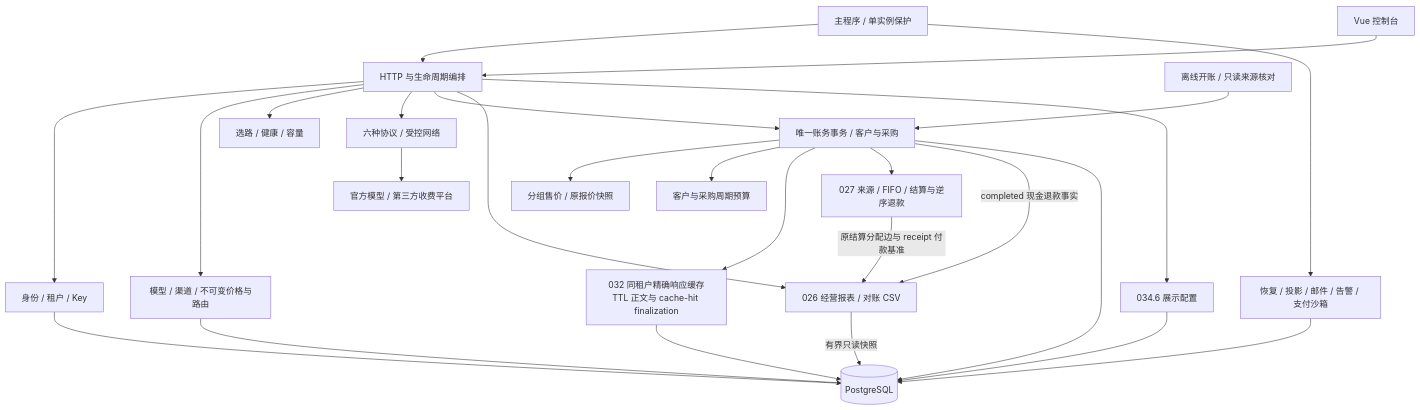
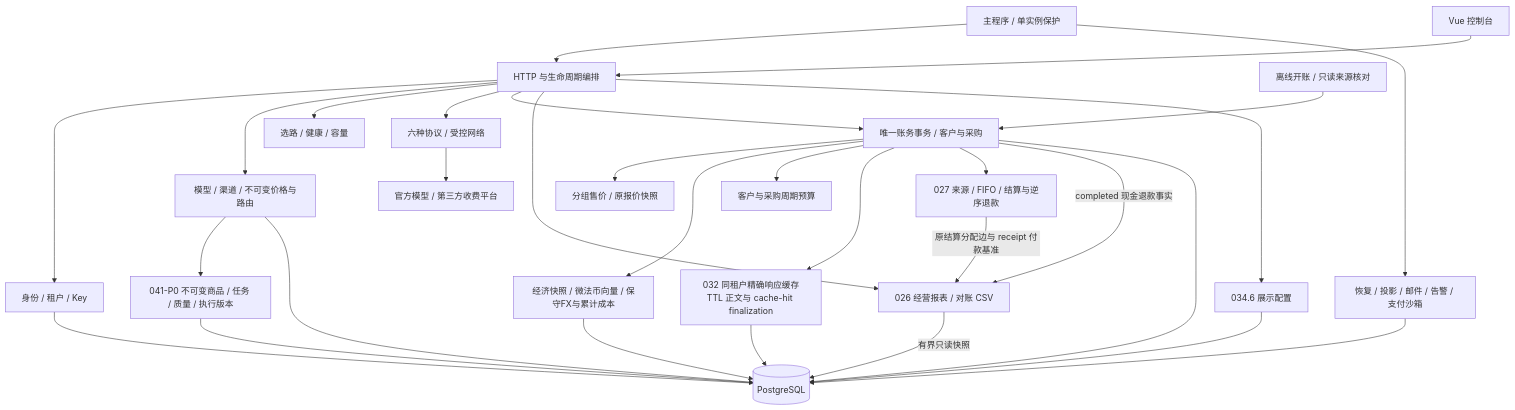
One commit to workhold/moni-aigate changed the third of 24 diagrams in docs/architecture/README.md. Above: the diagram before and after it, drawn with Mermaid. The commit also changed other lines of this file and 68 other files, not shown here.

````diff
--- a/docs/architecture/README.md
+++ b/docs/architecture/README.md
@@ -183,28 +185,32 @@
 ```mermaid
 flowchart TD
     Main[主程序 / 单实例保护] --> Server[HTTP 与生命周期编排]
     Web[Vue 控制台] --> Server
     Server --> Identity[身份 / 租户 / Key]
     Server --> Catalog[模型 / 渠道 / 不可变价格与路由]
     Server --> Route[选路 / 健康 / 容量]
     Server --> Provider[六种协议 / 受控网络]
     Server --> Billing[唯一账务事务 / 客户与采购]
     Billing --> Pricing[分组售价 / 原报价快照]
+    Catalog --> Offers[041-P0 不可变商品 / 任务 / 质量 / 执行版本]
+    Billing --> Economics[经济快照 / 微法币向量 / 保守FX与累计成本]
+    Offers --> DB
+    Economics --> DB
     Billing --> PB[客户与采购周期预算]
     Billing --> TextCache[032 同租户精确响应缓存\nTTL 正文与 cache-hit finalization]
     TextCache --> DB
     Billing --> Sources[027 来源 / FIFO / 结算与逆序退款]
     Server --> Report[026 经营报表 / 对账 CSV]
     Server --> Display[034.6 展示配置]
     Display --> DB
     Sources -->|原结算分配边与 receipt 付款基准| Report
     Billing -->|completed 现金退款事实| Report
     Maintenance[离线开账 / 只读来源核对] --> Billing
     Main --> Workers[恢复 / 投影 / 邮件 / 告警 / 支付沙箱]
     Identity --> DB[(PostgreSQL)]
     Catalog --> DB
     Billing --> DB
     Report -->|有界只读快照| DB
     Workers --> DB
     Provider --> Upstream[官方模型 / 第三方收费平台]
 ```
````
